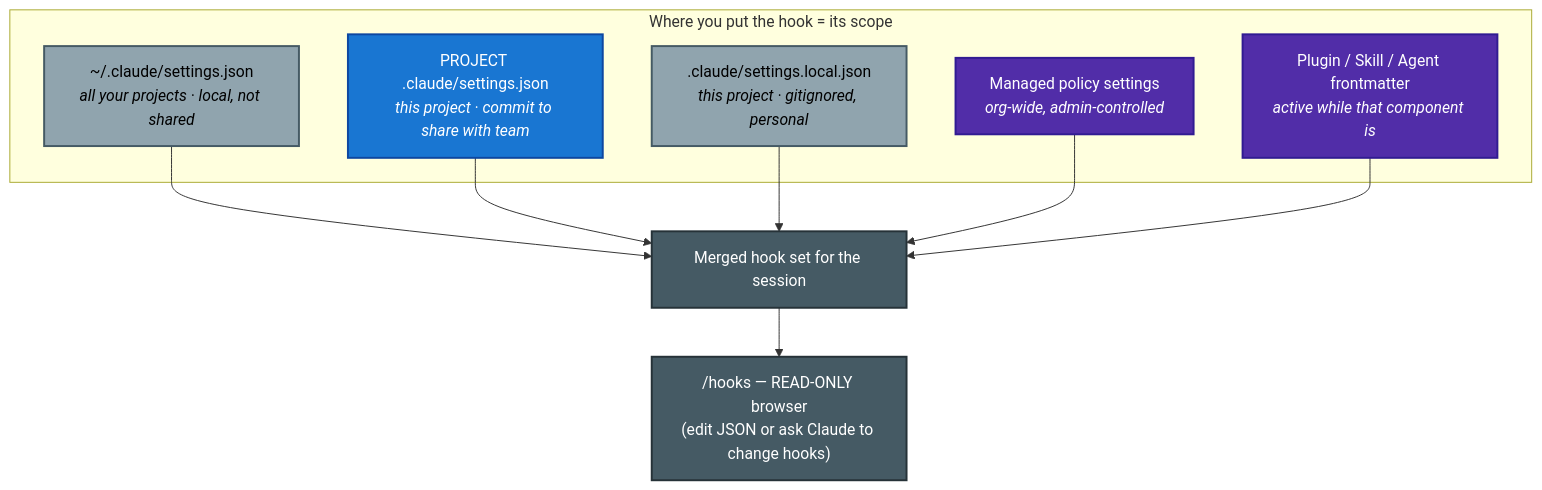
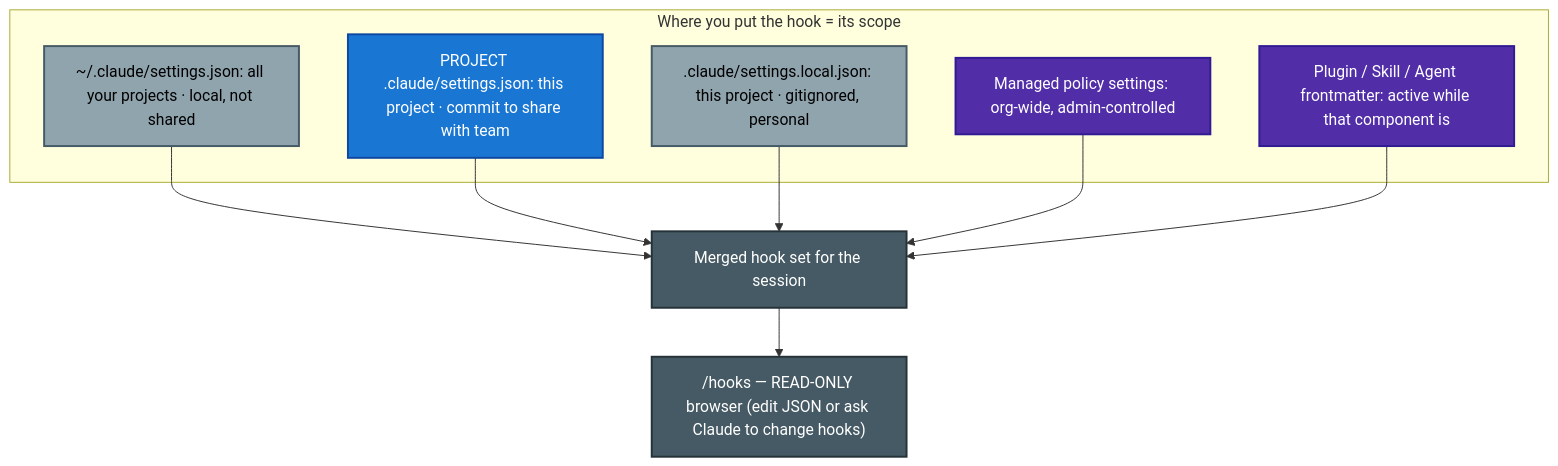
The eighth of 12 diagrams in CCA-F/domains/d3-claude-code.md (parmar-m/claude-architect-certification-prep), drawn with Mermaid before and after one commit. The commit also changed other lines of this file and 25 other files, not shown here.

````diff
--- a/CCA-F/domains/d3-claude-code.md
+++ b/CCA-F/domains/d3-claude-code.md
@@ -320,24 +320,24 @@
 ```mermaid
 flowchart TD
     subgraph FILES["Where you put the hook = its scope"]
-        U["~/.claude/settings.json<br/><i>all your projects · local, not shared</i>"]
-        P["PROJECT .claude/settings.json<br/><i>this project · commit to share with team</i>"]
-        L[".claude/settings.local.json<br/><i>this project · gitignored, personal</i>"]
-        POL["Managed policy settings<br/><i>org-wide, admin-controlled</i>"]
-        PLG["Plugin / Skill / Agent frontmatter<br/><i>active while that component is</i>"]
+        U["~/.claude/settings.json: all your projects · local, not shared"]
+        P["PROJECT .claude/settings.json: this project · commit to share with team"]
+        L[".claude/settings.local.json: this project · gitignored, personal"]
+        POL["Managed policy settings: org-wide, admin-controlled"]
+        PLG["Plugin / Skill / Agent frontmatter: active while that component is"]
     end
     U --> R["Merged hook set for the session"]
     P --> R
     L --> R
     POL --> R
     PLG --> R
-    R --> BROWSE["/hooks — READ-ONLY browser<br/>(edit JSON or ask Claude to change hooks)"]
+    R --> BROWSE["/hooks — READ-ONLY browser (edit JSON or ask Claude to change hooks)"]
     classDef team fill:#1976D2,color:#fff,stroke:#0D47A1,stroke-width:2px
     classDef pers fill:#90A4AE,color:#000,stroke:#455A64,stroke-width:2px
     classDef org fill:#512DA8,color:#fff,stroke:#311B92,stroke-width:2px
     classDef out fill:#455A64,color:#fff,stroke:#263238,stroke-width:2px
     class P team
     class U,L pers
     class POL,PLG org
     class R,BROWSE out
 ```
````
